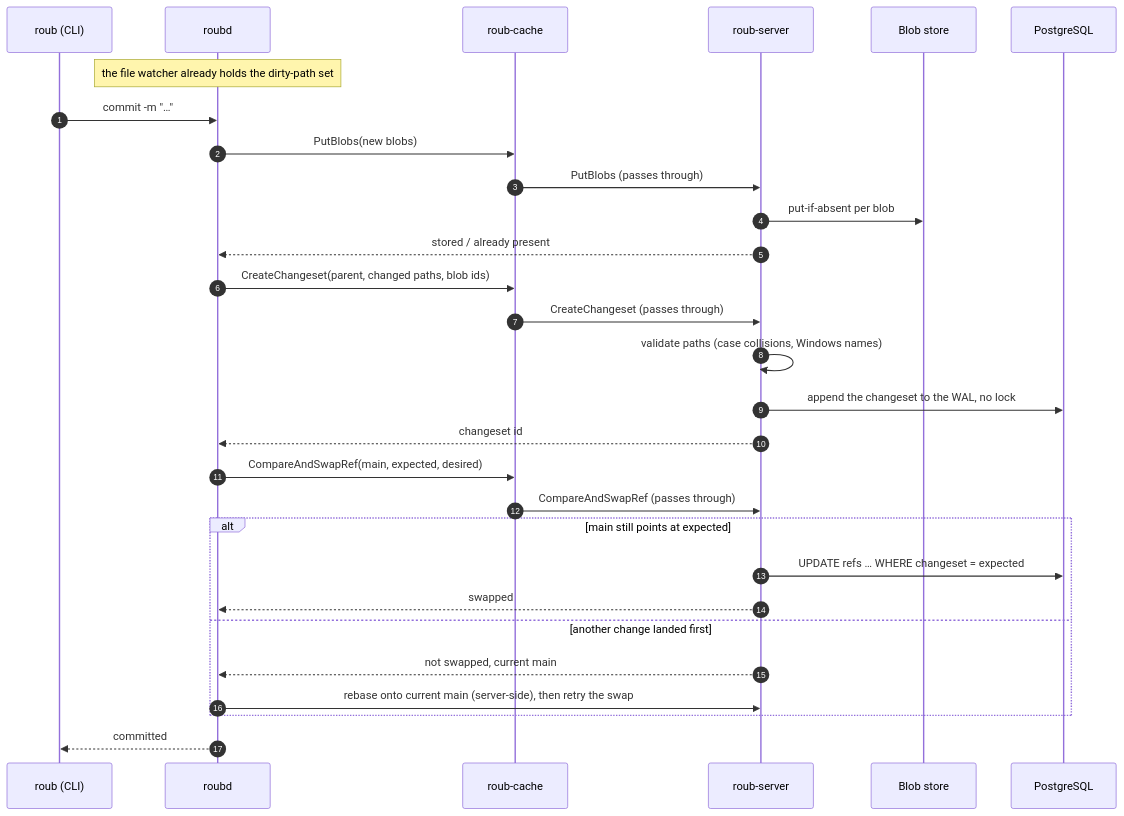
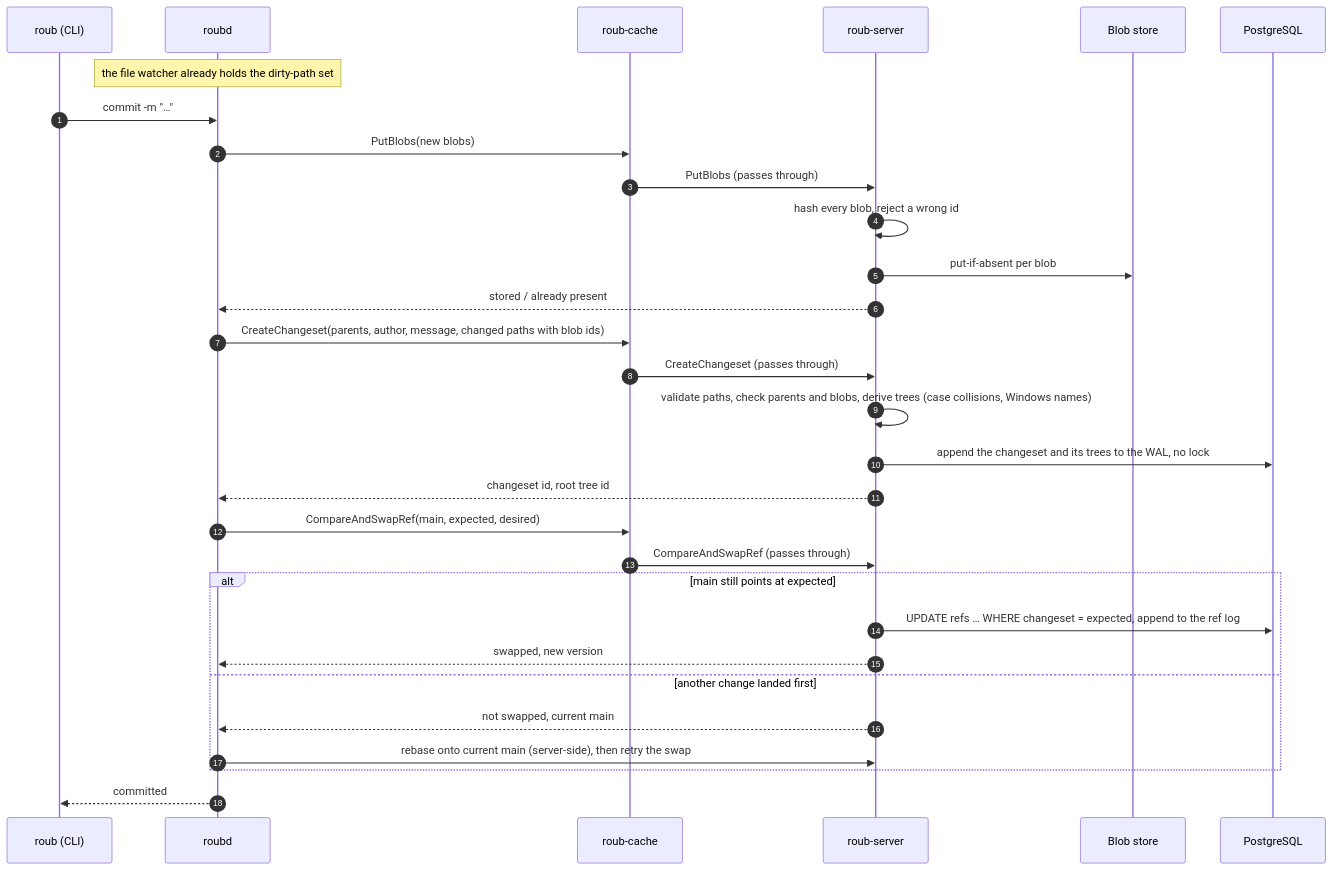
The second of 2 diagrams in docs/architecture/README.md (janecekvit/roub), drawn with Mermaid before and after one commit. The commit also changed other lines of this file and 22 other files, not shown here.

````diff
--- a/docs/architecture/README.md
+++ b/docs/architecture/README.md
@@ -54,32 +54,33 @@
 ```mermaid
 sequenceDiagram
     autonumber
     participant CLI as roub (CLI)
     participant D as roubd
     participant C as roub-cache
     participant S as roub-server
     participant B as Blob store
     participant M as PostgreSQL
 
     Note over D: the file watcher already holds the dirty-path set
     CLI->>D: commit -m "…"
     D->>C: PutBlobs(new blobs)
     C->>S: PutBlobs (passes through)
+    S->>S: hash every blob, reject a wrong id
     S->>B: put-if-absent per blob
     S-->>D: stored / already present
-    D->>C: CreateChangeset(parent, changed paths, blob ids)
+    D->>C: CreateChangeset(parents, author, message, changed paths with blob ids)
     C->>S: CreateChangeset (passes through)
-    S->>S: validate paths (case collisions, Windows names)
-    S->>M: append the changeset to the WAL, no lock
-    S-->>D: changeset id
+    S->>S: validate paths, check parents and blobs, derive trees (case collisions, Windows names)
+    S->>M: append the changeset and its trees to the WAL, no lock
+    S-->>D: changeset id, root tree id
     D->>C: CompareAndSwapRef(main, expected, desired)
     C->>S: CompareAndSwapRef (passes through)
     alt main still points at expected
-        S->>M: UPDATE refs … WHERE changeset = expected
-        S-->>D: swapped
+        S->>M: UPDATE refs … WHERE changeset = expected, append to the ref log
+        S-->>D: swapped, new version
     else another change landed first
         S-->>D: not swapped, current main
         D->>S: rebase onto current main (server-side), then retry the swap
     end
     D-->>CLI: committed
 ```
````
